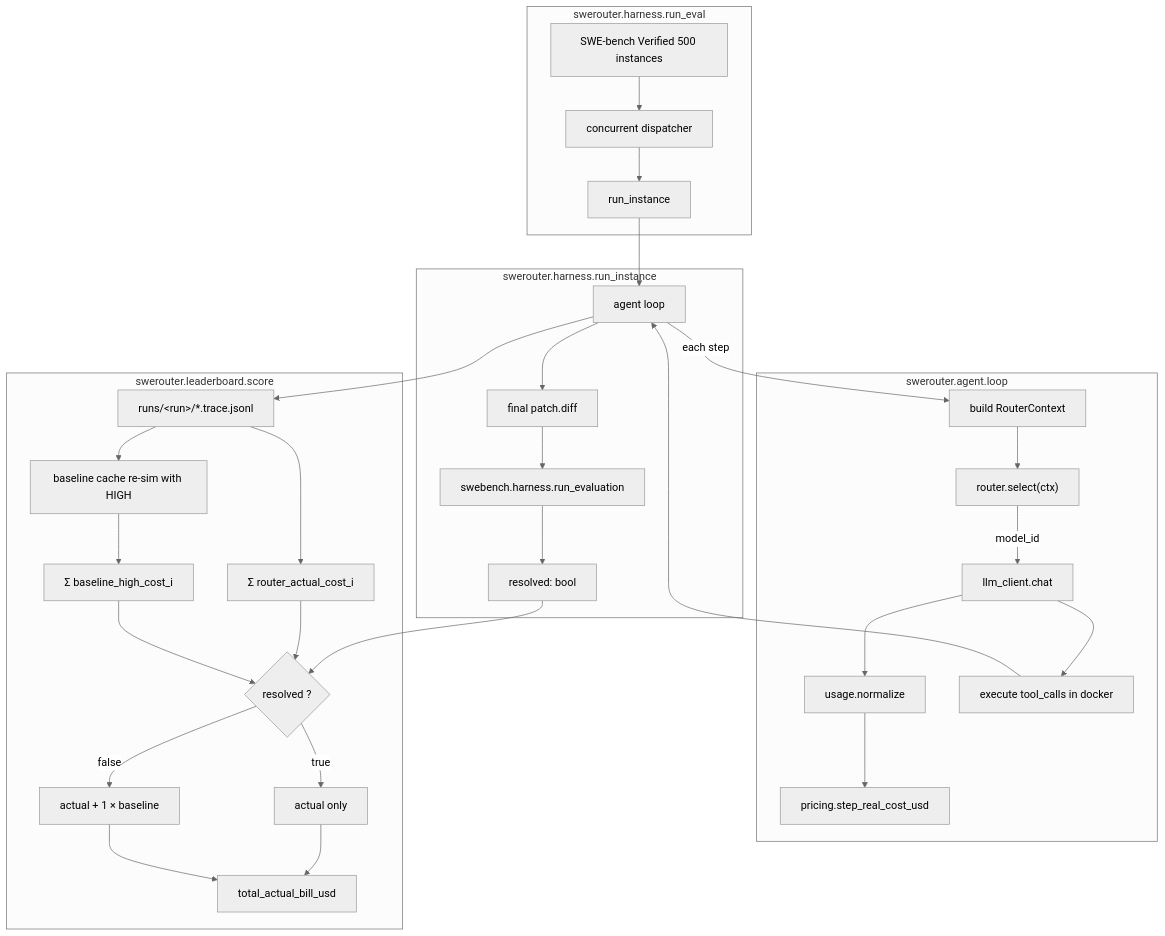
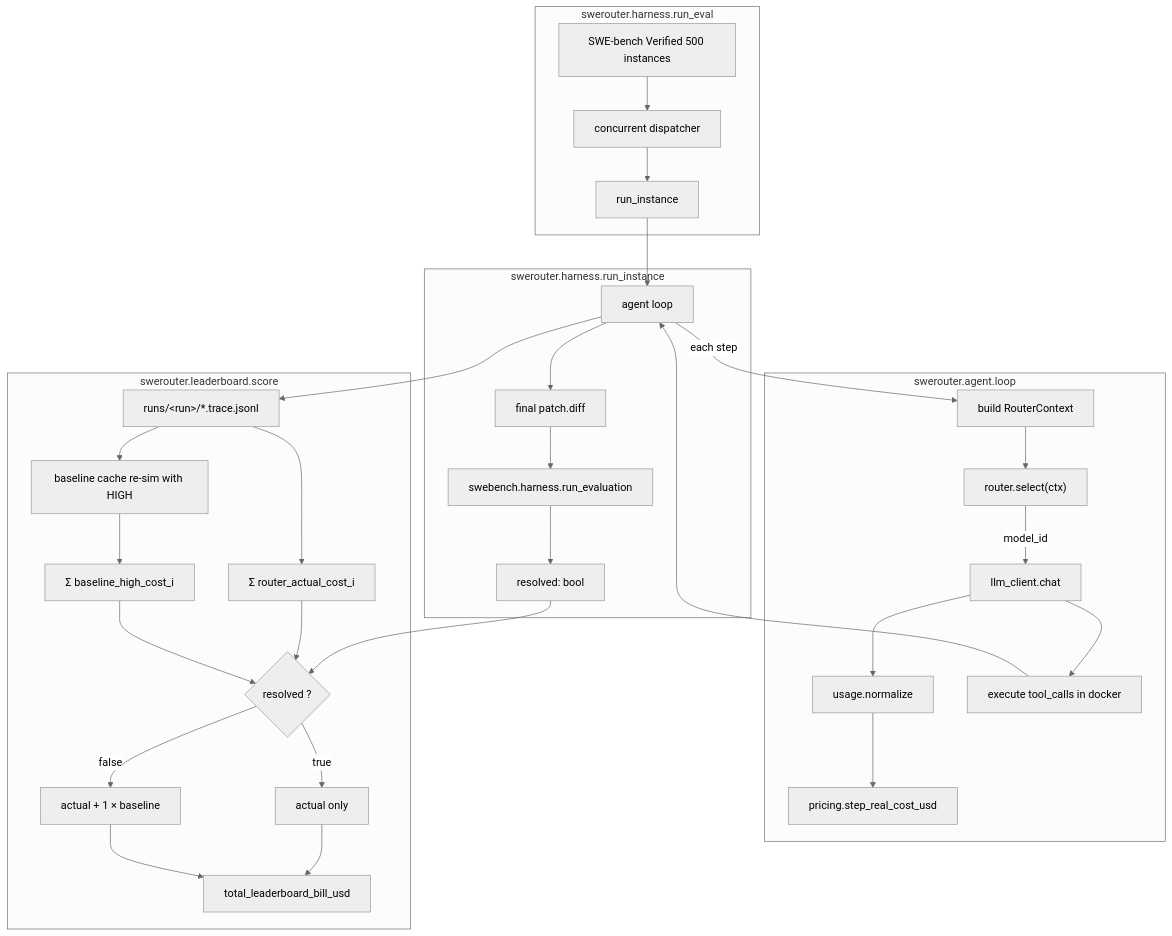
The diagram in swerouter/docs/design_zh.md (CommonstackAI/TwinRouterBench), drawn with Mermaid (neutral theme) before and after one commit. The commit also changed other lines of this file and 8 other files, not shown here.

First line of the commit message:
Rename leaderboard bill field to total_leaderboard_bill_usd

````diff
--- a/swerouter/docs/design_zh.md
+++ b/swerouter/docs/design_zh.md
@@ -30,35 +30,35 @@
 ```mermaid
 flowchart TB
   subgraph run [swerouter.harness.run_eval]
     dataset[SWE-bench Verified 500 instances] --> dispatcher[concurrent dispatcher]
     dispatcher --> instance[run_instance]
   end
   subgraph inst [swerouter.harness.run_instance]
     instance --> loop[agent loop]
     loop --> patch[final patch.diff]
     patch --> swebenchEval[swebench.harness.run_evaluation]
     swebenchEval --> resolved["resolved: bool"]
   end
   subgraph loopBlock [swerouter.agent.loop]
     loop -->|"each step"| ctx[build RouterContext]
     ctx --> routerCall["router.select(ctx)"]
     routerCall -->|model_id| chat[llm_client.chat]
     chat --> usage[usage.normalize]
     usage --> cost[pricing.step_real_cost_usd]
     chat --> toolCalls[execute tool_calls in docker]
     toolCalls --> loop
   end
   subgraph scoreBlock [swerouter.leaderboard.score]
     traceFiles[runs/&lt;run&gt;/*.trace.jsonl] --> actualSum["Σ router_actual_cost_i"]
     traceFiles --> baseSim["baseline cache re-sim with HIGH"]
     baseSim --> baseSum["Σ baseline_high_cost_i"]
     resolved --> bill{"resolved ?"}
     actualSum --> bill
     baseSum --> bill
     bill -->|true| passBill[actual only]
     bill -->|false| failBill["actual + 1 × baseline"]
-    passBill --> total[total_actual_bill_usd]
+    passBill --> total[total_leaderboard_bill_usd]
     failBill --> total
   end
   loop --> traceFiles
 ```
````
